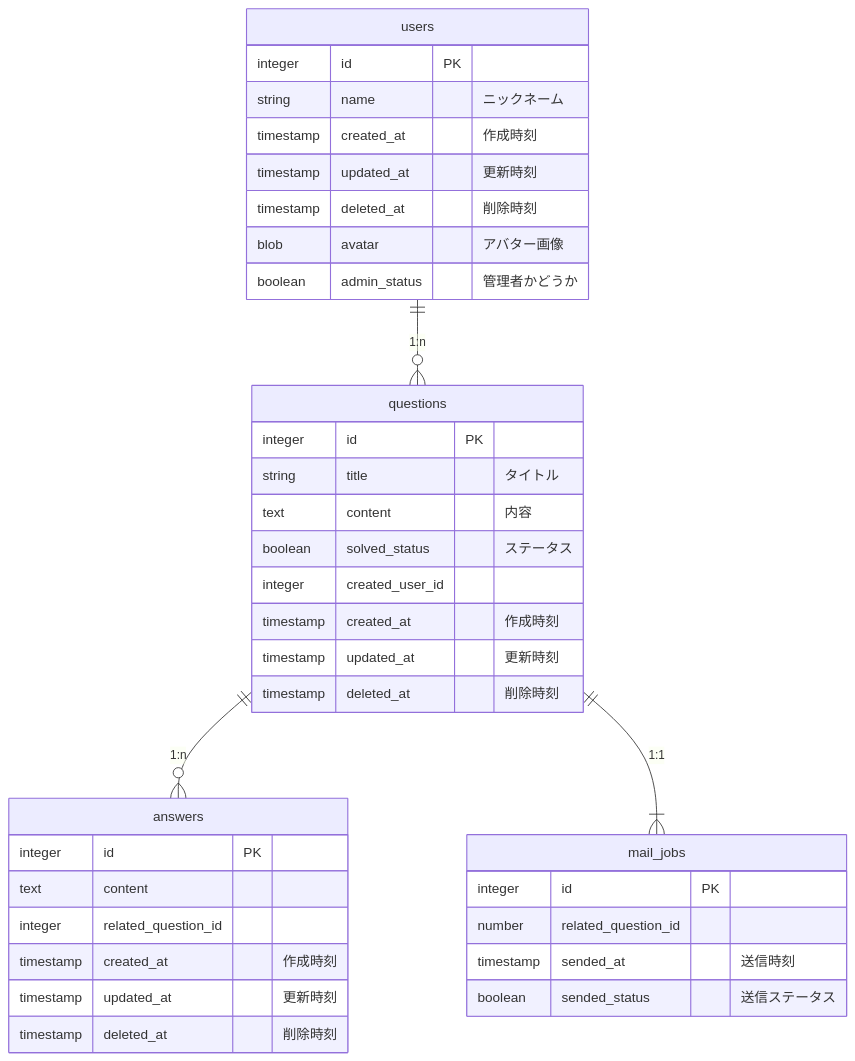
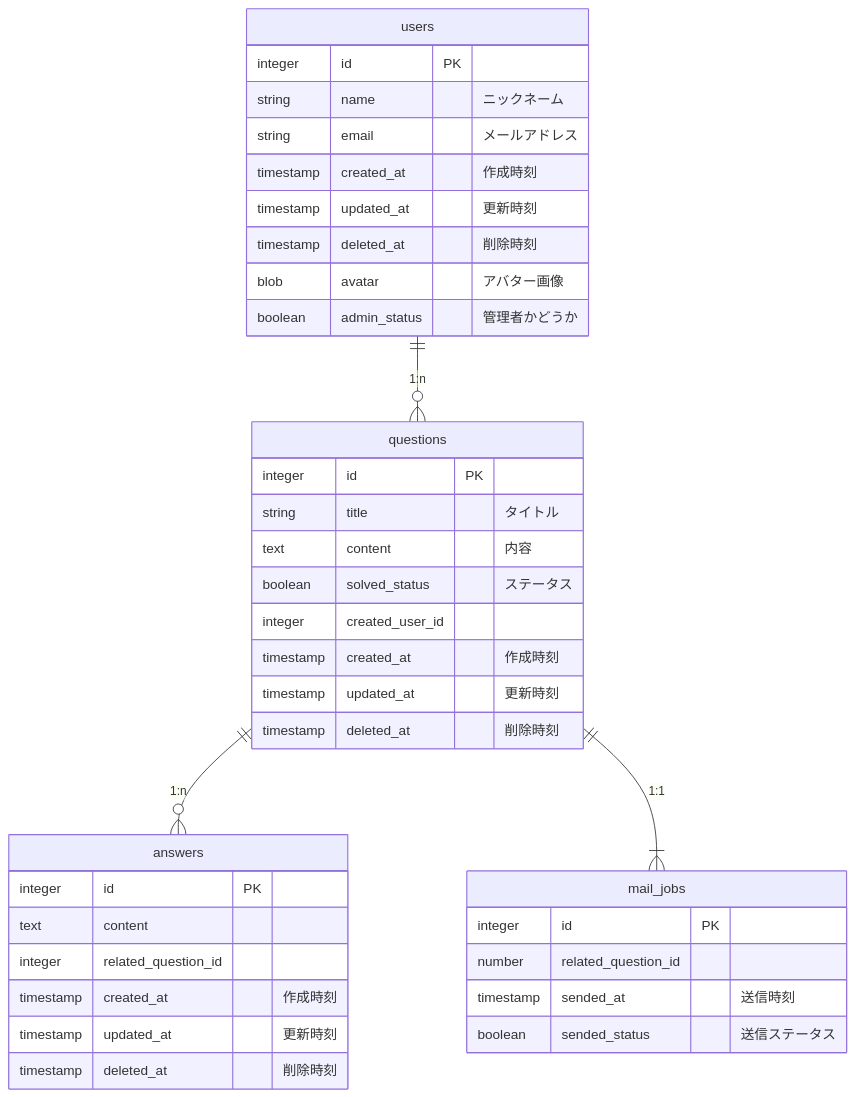
One commit to DaichiSaito/rails_practice_for_beginner_template changed the diagram in README.md. Above: the diagram before and after it, drawn with Mermaid.

Commit message:
📝 メールアドレスを追加

````diff
--- a/README.md
+++ b/README.md
@@ -19,45 +19,46 @@
 ```mermaid
 erDiagram
 users ||--o{ questions: "1:n"
 questions ||--o{ answers: "1:n"
 questions ||--|{ mail_jobs: "1:1"
 
 users {
   integer id PK
   string name "ニックネーム"
+  string email "メールアドレス"
   timestamp created_at "作成時刻"
   timestamp updated_at "更新時刻"
   timestamp deleted_at "削除時刻"
   blob avatar "アバター画像"
   boolean admin_status "管理者かどうか"
 }
 
 questions{
   integer id PK
   string title "タイトル"
   text content "内容"
   boolean solved_status "ステータス"
   integer created_user_id
   timestamp created_at "作成時刻"
   timestamp updated_at "更新時刻"
   timestamp deleted_at "削除時刻"
 }
 
 answers{
   integer id PK
   text content
   integer related_question_id
   timestamp created_at "作成時刻"
   timestamp updated_at "更新時刻"
   timestamp deleted_at "削除時刻"
 }
 
 mail_jobs{
   integer id PK
   number related_question_id
   timestamp sended_at "送信時刻"
   boolean sended_status "送信ステータス"
 }
 
 
 ```
````
